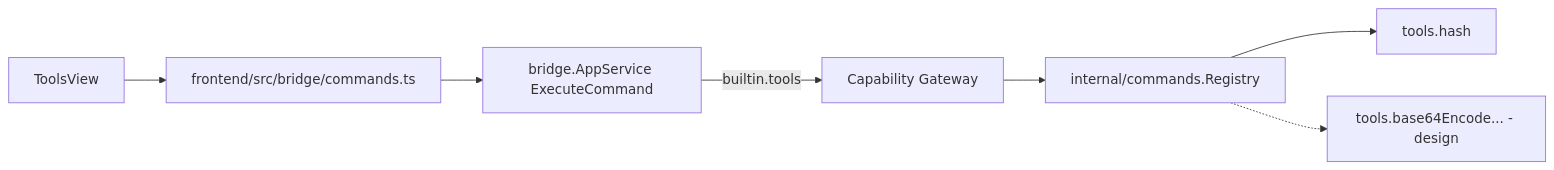
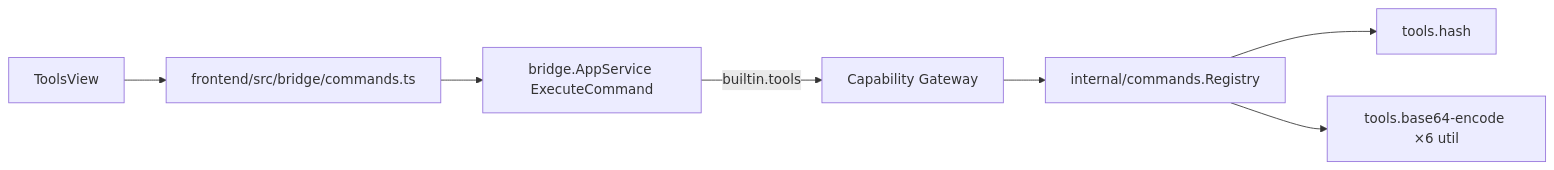
One commit to syurodev/dev-kit changed the diagram in docs/dev-kit/tools.mdx. Above: the diagram before and after it, drawn with Mermaid. The commit also changed other lines of this file and 15 other files, not shown here.

First line of the commit message:
feat(tools): build the six util commands, and give the rail icons

````diff
--- a/docs/dev-kit/tools.mdx
+++ b/docs/dev-kit/tools.mdx
@@ -13,9 +15,9 @@
 ```mermaid
 flowchart LR
   UI[ToolsView] --> BR[frontend/src/bridge/commands.ts]
   BR --> AS[bridge.AppService ExecuteCommand]
   AS -->|builtin.tools| GW[Capability Gateway]
   GW --> REG[internal/commands.Registry]
   REG --> H1[tools.hash]
-  REG -.-> H2["tools.base64Encode... - design"]
+  REG --> H2["tools.base64-encode ×6 util"]
 ```
````
